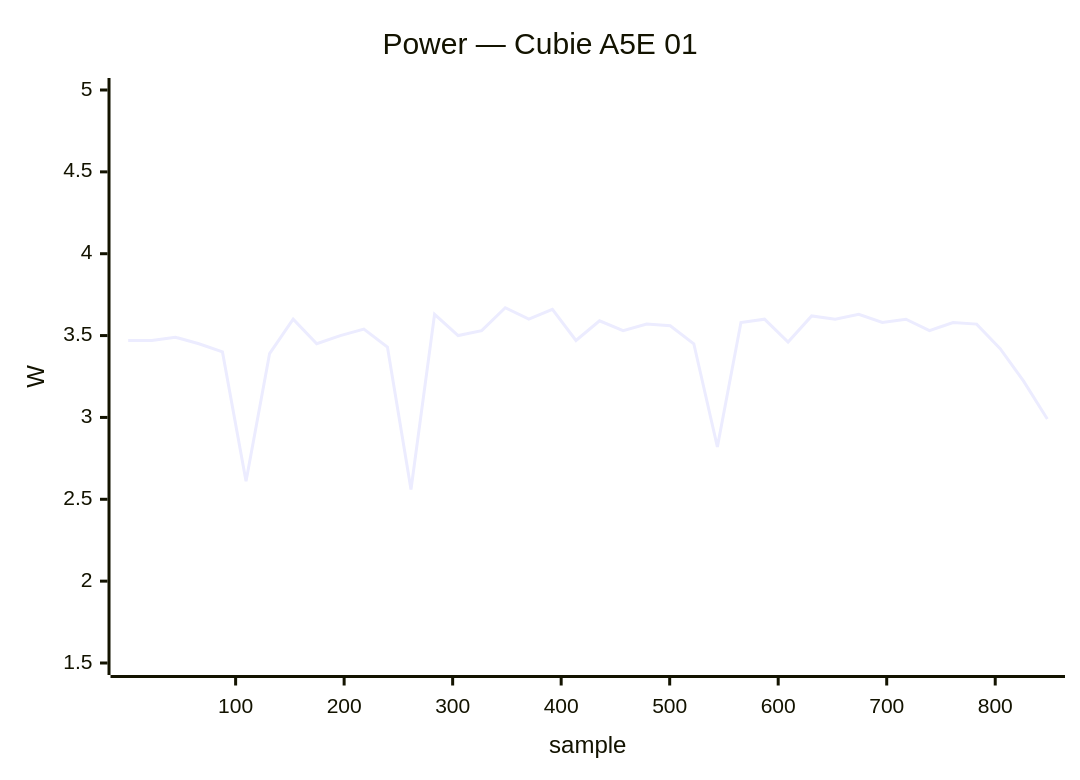
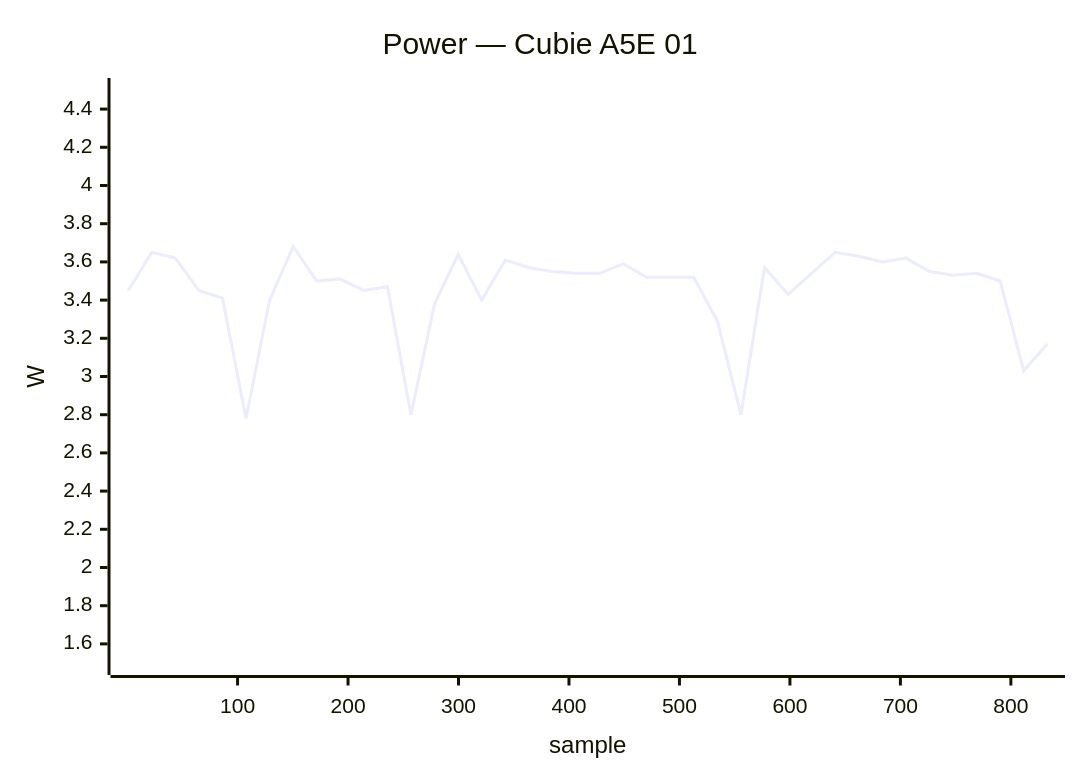
Before and after one commit to armbian/documentation: the fourth of 24 diagrams in docs/status/board-tests.md, drawn with Mermaid. The commit also changed other lines of this file, not shown here.

````diff
--- a/docs/status/board-tests.md
+++ b/docs/status/board-tests.md
@@ -213,7 +213,7 @@
     ```mermaid
     xychart-beta
         title "Power — Cubie A5E 01"
-        x-axis "sample" 1 --> 848
-        y-axis "W" 1.5 --> 5.0
-        line [3.47, 3.47, 3.49, 3.45, 3.40, 2.61, 3.39, 3.60, 3.45, 3.50, 3.54, 3.43, 2.56, 3.63, 3.50, 3.53, 3.67, 3.60, 3.66, 3.47, 3.59, 3.53, 3.57, 3.56, 3.45, 2.82, 3.58, 3.60, 3.46, 3.62, 3.60, 3.63, 3.58, 3.60, 3.53, 3.58, 3.57, 3.42, 3.22, 2.99]
+        x-axis "sample" 1 --> 833
+        y-axis "W" 1.5 --> 4.5
+        line [3.45, 3.65, 3.62, 3.45, 3.41, 2.78, 3.40, 3.68, 3.50, 3.51, 3.45, 3.47, 2.80, 3.38, 3.64, 3.40, 3.61, 3.57, 3.55, 3.54, 3.54, 3.59, 3.52, 3.52, 3.52, 3.29, 2.80, 3.57, 3.43, 3.54, 3.65, 3.63, 3.60, 3.62, 3.55, 3.53, 3.54, 3.50, 3.03, 3.17]
     ```
````
